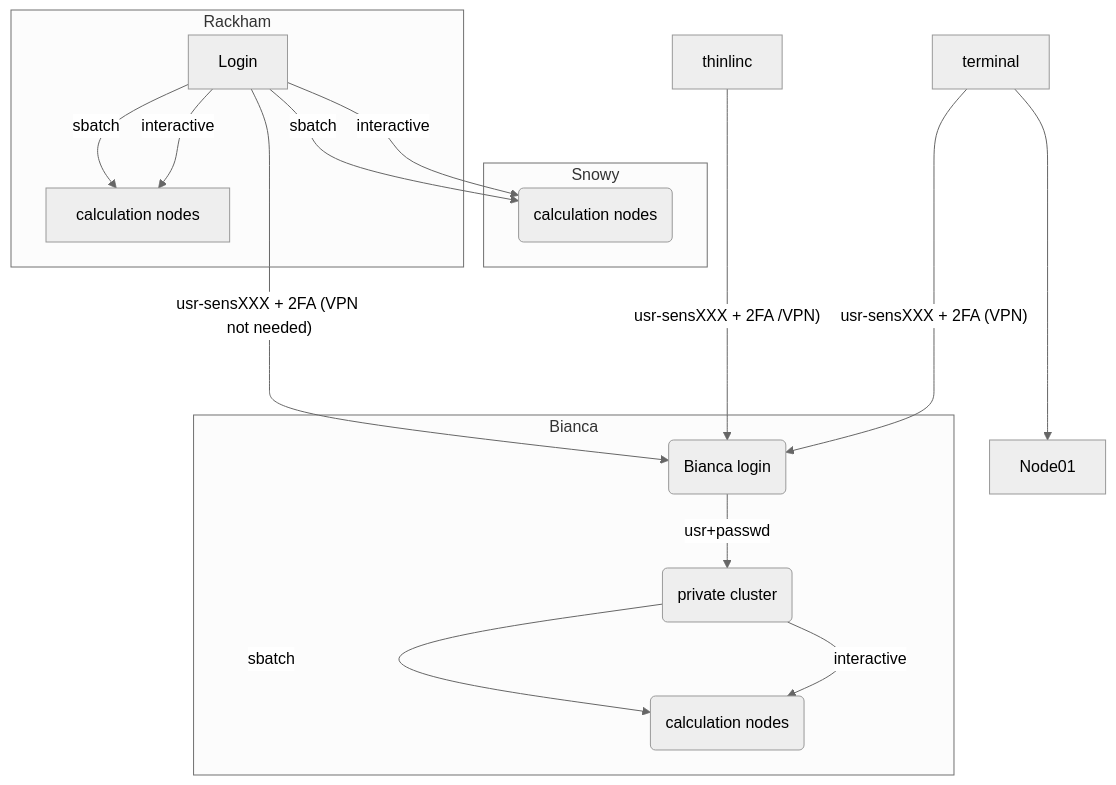
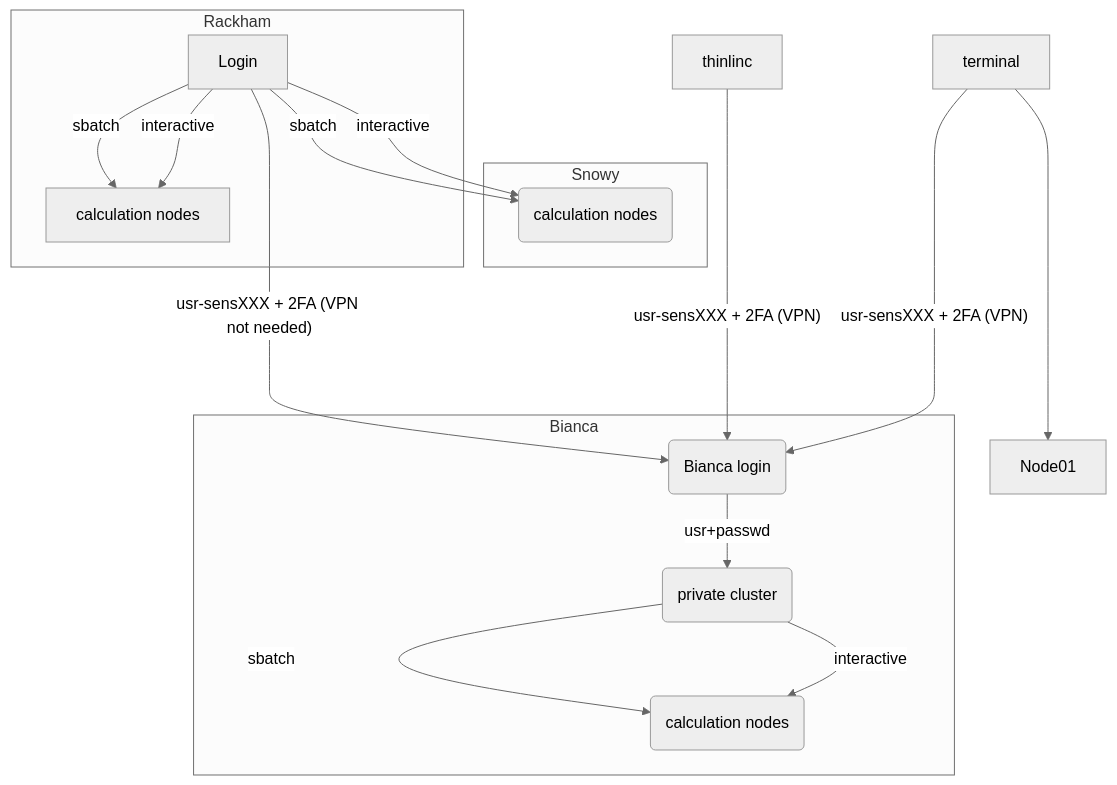
Before and after one commit to UPPMAX/uppmax4DL: the diagram in docs/overview.md, drawn with Mermaid (neutral theme).

````diff
--- a/docs/overview.md
+++ b/docs/overview.md
@@ -82,25 +82,25 @@
 ```mermaid
 
   graph TB
 
   Node1 -- interactive --> SubGraph2Flow
   Node1 -- sbatch --> SubGraph2Flow
   subgraph "Snowy"
   SubGraph2Flow(calculation nodes) 
         end
 
         terminal ----> Node01
         terminal -- usr-sensXXX + 2FA (VPN)----> SubGraph1Flow
-        thinlinc -- usr-sensXXX + 2FA /VPN)----> SubGraph1Flow
+        thinlinc -- usr-sensXXX + 2FA (VPN)----> SubGraph1Flow
         Node1 -- usr-sensXXX + 2FA (VPN not needed) ----> SubGraph1Flow
         subgraph "Bianca"
         SubGraph1Flow(Bianca login) -- usr+passwd --> private(private cluster)
         private -- interactive --> calcB(calculation nodes)
         private -- sbatch --> calcB
         end
 
         subgraph "Rackham"
         Node1[Login] -- interactive --> Node2[calculation nodes]
         Node1 -- sbatch --> Node2
         end
 ```
````
